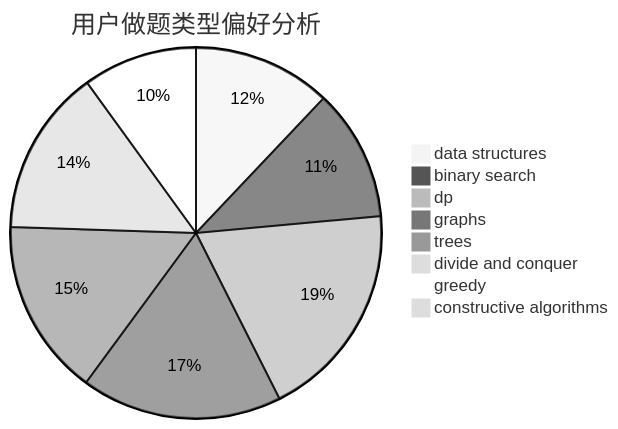
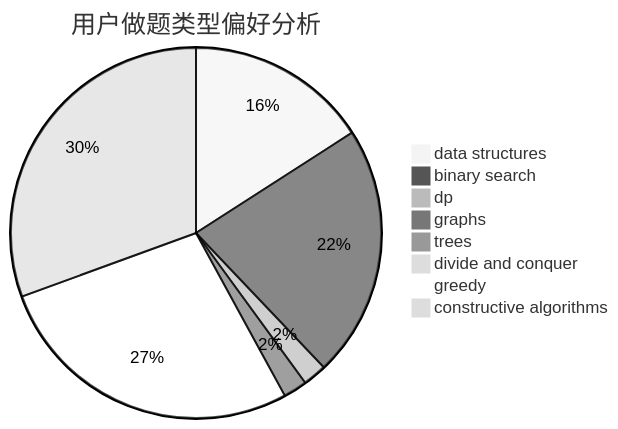
One commit to sherpahu/cfrs.github.io changed the second of 3 diagrams in docs/user/u970.md. Above: the diagram before and after it, drawn with Mermaid (neutral theme). The commit also changed other lines of this file and 2770 other files, not shown here.

````diff
--- a/docs/user/u970.md
+++ b/docs/user/u970.md
@@ -23,11 +23,11 @@
 ```mermaid
 pie title 用户做题类型偏好分析
-    "data structures" :  104
-    "binary search" :  99
-    "dp" :  164
-    "graphs" :  151
-    "trees" :  133
-    "divide and conquer" :  125
-    "greedy" :  86
-    "constructive algorithms" :  8
+    "data structures" :  115
+    "binary search" :  159
+    "dp" :  15
+    "graphs" :  15
+    "trees" :  4
+    "divide and conquer" :  0
+    "greedy" :  198
+    "constructive algorithms" :  221
 ```
````
